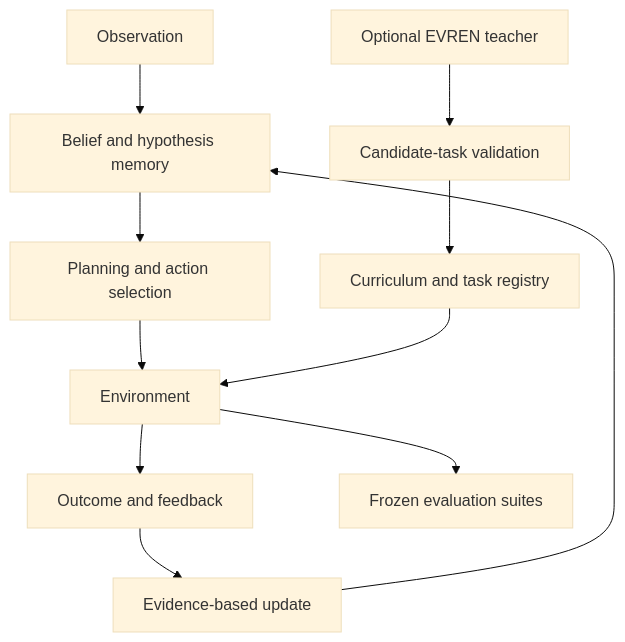
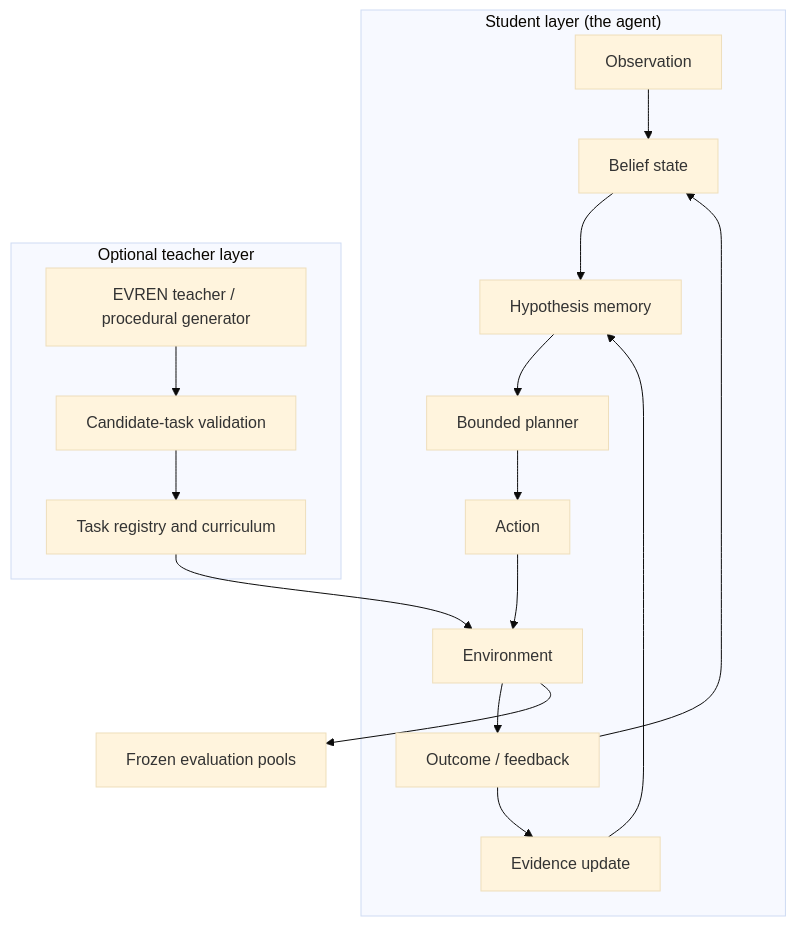
One commit to Pentexa/metargon changed the diagram in README.md. Above: the diagram before and after it, drawn with Mermaid (base theme). The commit also changed other lines of this file and 5 other files, not shown here.

Commit message:
docs: modernize README, architecture and research documentation

````diff
--- a/README.md
+++ b/README.md
@@ -127,13 +132,20 @@
 ```mermaid
 flowchart TD
-    A[Observation] --> B[Belief and hypothesis memory]
-    B --> C[Planning and action selection]
-    C --> D[Environment]
-    D --> E[Outcome and feedback]
-    E --> F[Evidence-based update]
-    F --> B
-    G[Curriculum and task registry] --> D
-    H[Optional EVREN teacher] --> I[Candidate-task validation]
-    I --> G
-    D --> J[Frozen evaluation suites]
+    subgraph Student["Student layer (the agent)"]
+        O[Observation] --> B[Belief state]
+        B --> M[Hypothesis memory]
+        M --> P[Bounded planner]
+        P --> A[Action]
+        A --> E[Environment]
+        E --> F[Outcome / feedback]
+        F --> U[Evidence update]
+        U --> M
+        F --> B
+    end
+    subgraph Teacher["Optional teacher layer"]
+        T[EVREN teacher / procedural generator] --> V[Candidate-task validation]
+        V --> R[Task registry and curriculum]
+        R --> E
+    end
+    E --> EV[Frozen evaluation pools]
 ```
````
